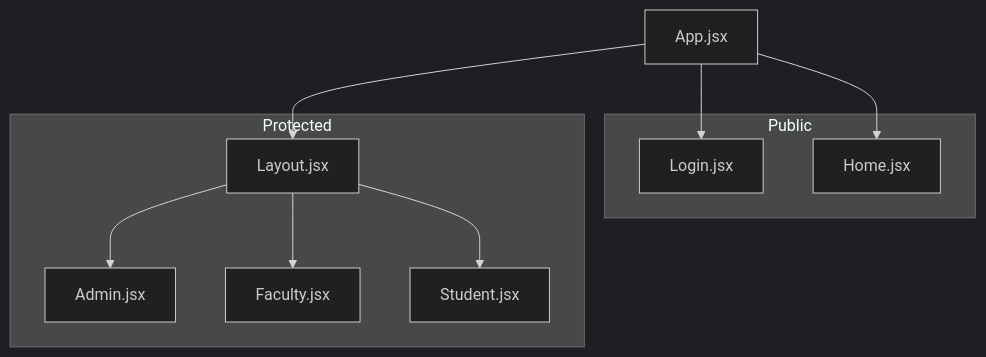
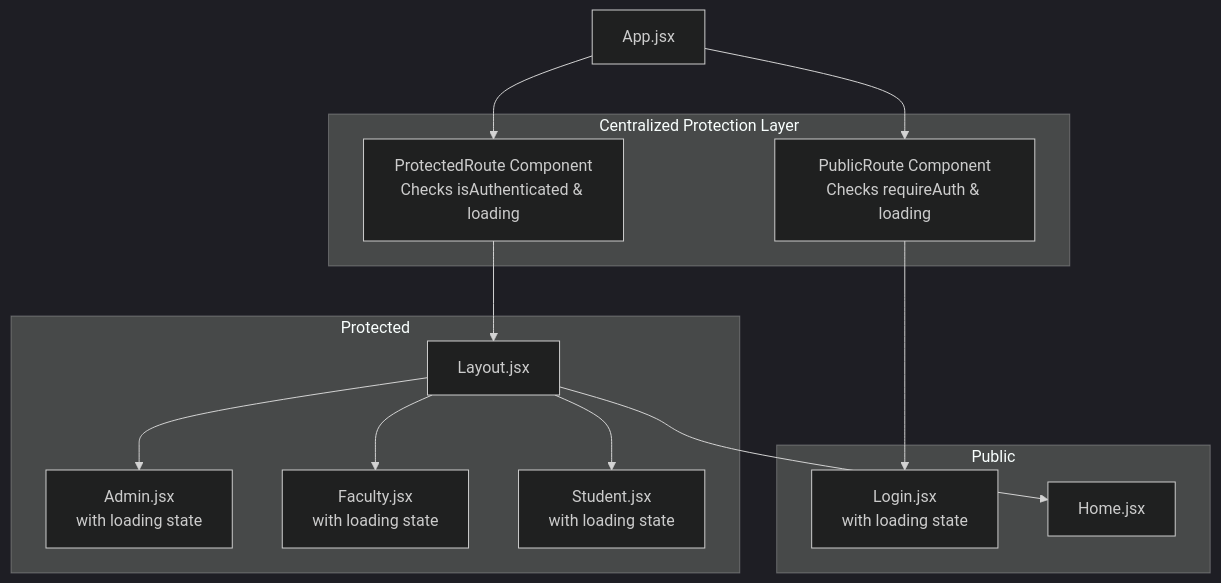
One commit to Aryan9060/Timetable-Project changed the second of 12 diagrams in .qoder/repowiki/en/content/Frontend Architecture/Routing System & Navigation.md. Above: the diagram before and after it, drawn with Mermaid (dark theme). The commit also changed other lines of this file and 7 other files, not shown here.

````diff
--- a/.qoder/repowiki/en/content/Frontend Architecture/Routing System & Navigation.md
+++ b/.qoder/repowiki/en/content/Frontend Architecture/Routing System & Navigation.md
@@ -93,19 +111,25 @@
 ```mermaid
 graph TB
+subgraph "Centralized Protection Layer"
+ProtectedRoute["ProtectedRoute Component<br/>Checks isAuthenticated & loading"]
+PublicRoute["PublicRoute Component<br/>Checks requireAuth & loading"]
+end
 subgraph "Public"
-Login["Login.jsx"]
+Login["Login.jsx<br/>with loading state"]
 Home["Home.jsx"]
 end
 subgraph "Protected"
 Layout["Layout.jsx"]
-Admin["Admin.jsx"]
-Faculty["Faculty.jsx"]
-Student["Student.jsx"]
+Admin["Admin.jsx<br/>with loading state"]
+Faculty["Faculty.jsx<br/>with loading state"]
+Student["Student.jsx<br/>with loading state"]
 end
-App["App.jsx"] --> Login
-App --> Home
-App --> Layout
+App["App.jsx"] --> ProtectedRoute
+App --> PublicRoute
+ProtectedRoute --> Layout
+PublicRoute --> Login
+Layout --> Home
 Layout --> Admin
 Layout --> Faculty
 Layout --> Student
 ```
````
